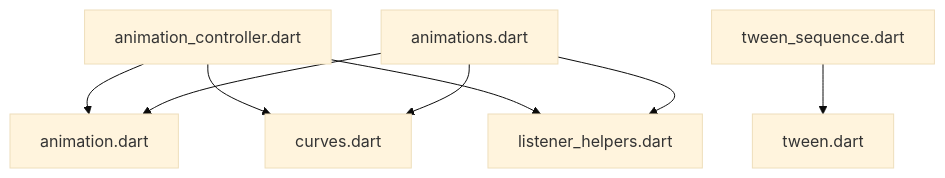
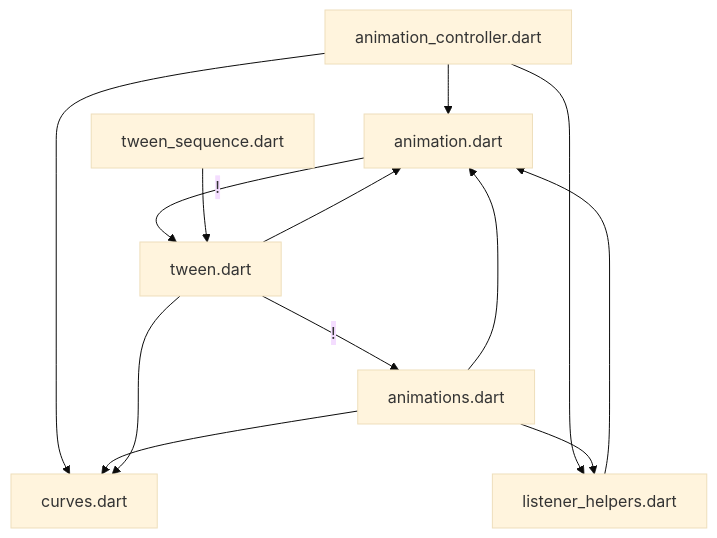
The diagram in packages/flutter/lib/src/animation/DEPENDENCIES.md (polina-c/flutter), drawn with Mermaid (base theme) before and after one commit. The commit also changed other lines of this file and 13 other files, not shown here.

````diff
--- a/packages/flutter/lib/src/animation/DEPENDENCIES.md
+++ b/packages/flutter/lib/src/animation/DEPENDENCIES.md
@@ -5,10 +6,15 @@
 ```mermaid
 flowchart TD;
+animation.dart--!-->tween.dart;
 animation_controller.dart-->animation.dart;
 animation_controller.dart-->curves.dart;
 animation_controller.dart-->listener_helpers.dart;
 animations.dart-->animation.dart;
 animations.dart-->curves.dart;
 animations.dart-->listener_helpers.dart;
+listener_helpers.dart-->animation.dart;
+tween.dart--!-->animations.dart;
+tween.dart-->animation.dart;
+tween.dart-->curves.dart;
 tween_sequence.dart-->tween.dart;
 ```
````
